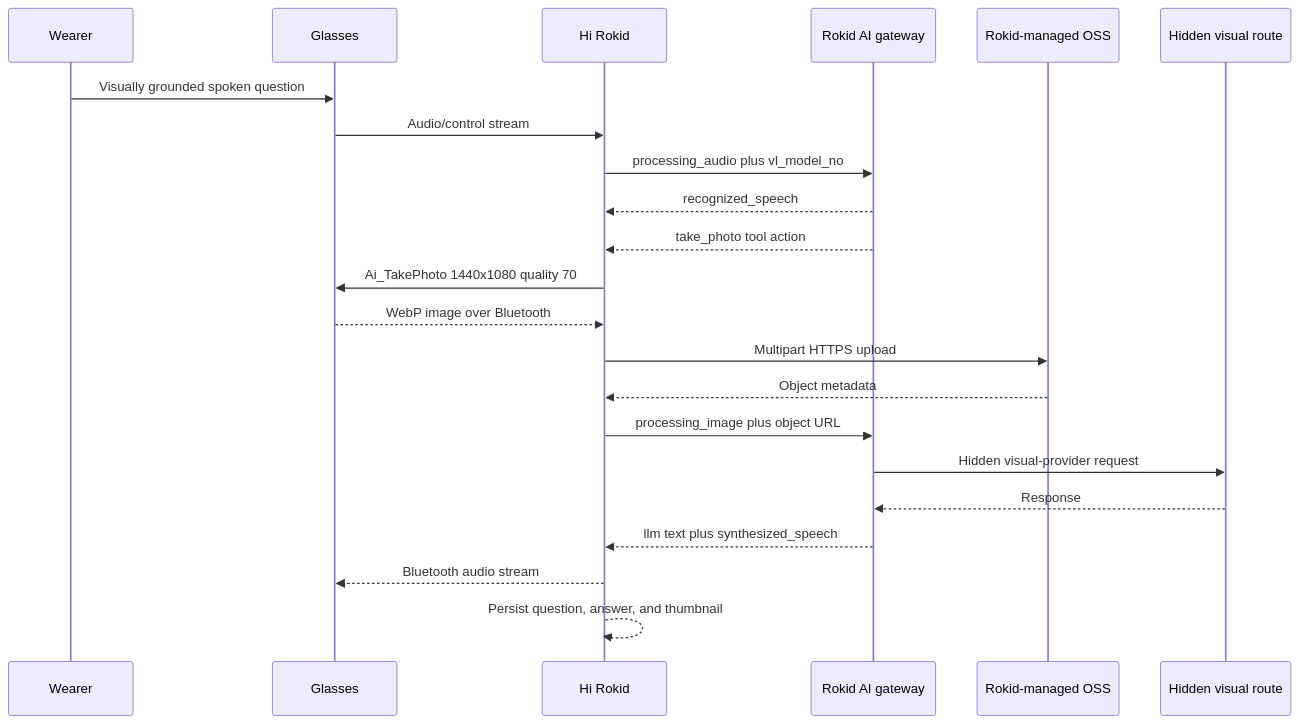
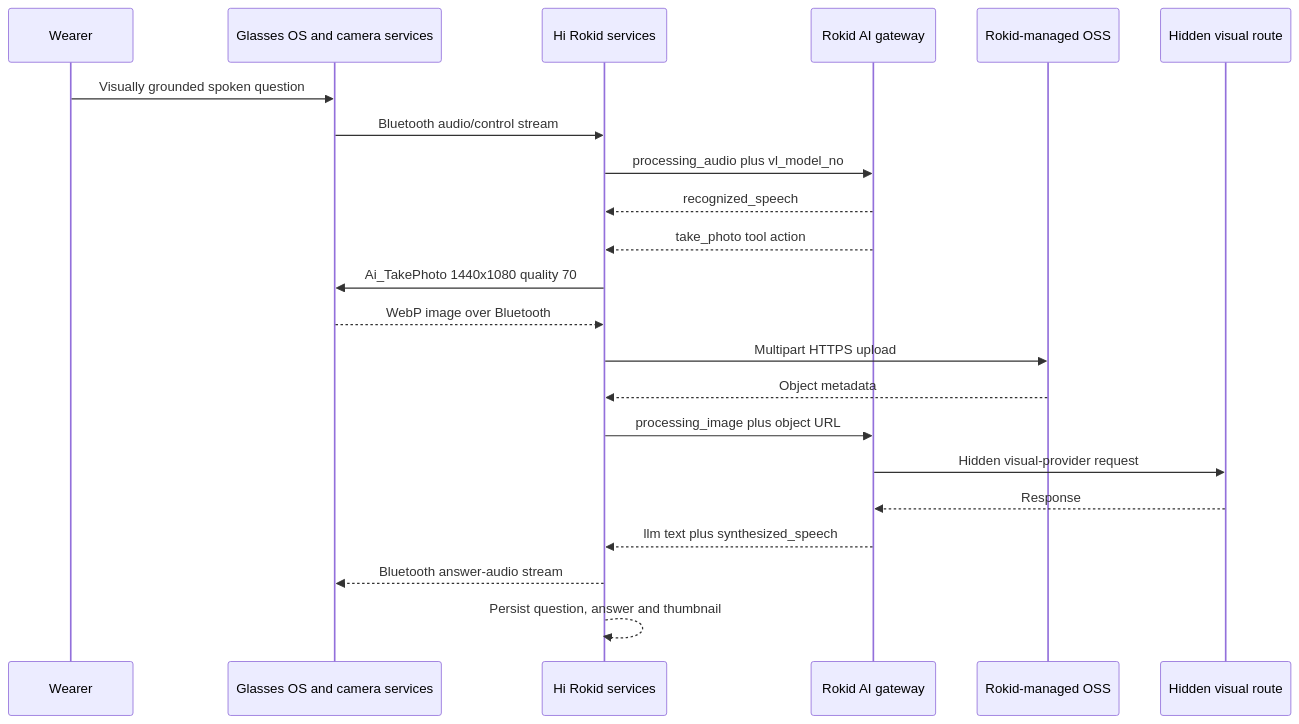
The fourth of 5 diagrams in docs/architecture/non-display-system-architecture.md (aimindseye/rokid-ai-glasses), drawn with Mermaid before and after one commit. The commit also changed other lines of this file and 2 other files, not shown here.

Commit message:
docs: clarify glasses and app architecture

````diff
--- a/docs/architecture/non-display-system-architecture.md
+++ b/docs/architecture/non-display-system-architecture.md
@@ -151,25 +389,25 @@
 ```mermaid
 sequenceDiagram
     participant U as Wearer
-    participant G as Glasses
-    participant A as Hi Rokid
+    participant G as Glasses OS and camera services
+    participant A as Hi Rokid services
     participant R as Rokid AI gateway
     participant O as Rokid-managed OSS
     participant V as Hidden visual route
 
     U->>G: Visually grounded spoken question
-    G->>A: Audio/control stream
+    G->>A: Bluetooth audio/control stream
     A->>R: processing_audio plus vl_model_no
     R-->>A: recognized_speech
     R-->>A: take_photo tool action
     A->>G: Ai_TakePhoto 1440x1080 quality 70
     G-->>A: WebP image over Bluetooth
     A->>O: Multipart HTTPS upload
     O-->>A: Object metadata
     A->>R: processing_image plus object URL
     R->>V: Hidden visual-provider request
     V-->>R: Response
     R-->>A: llm text plus synthesized_speech
-    A-->>G: Bluetooth audio stream
-    A-->>A: Persist question, answer, and thumbnail
+    A-->>G: Bluetooth answer-audio stream
+    A-->>A: Persist question, answer and thumbnail
 ```
````
